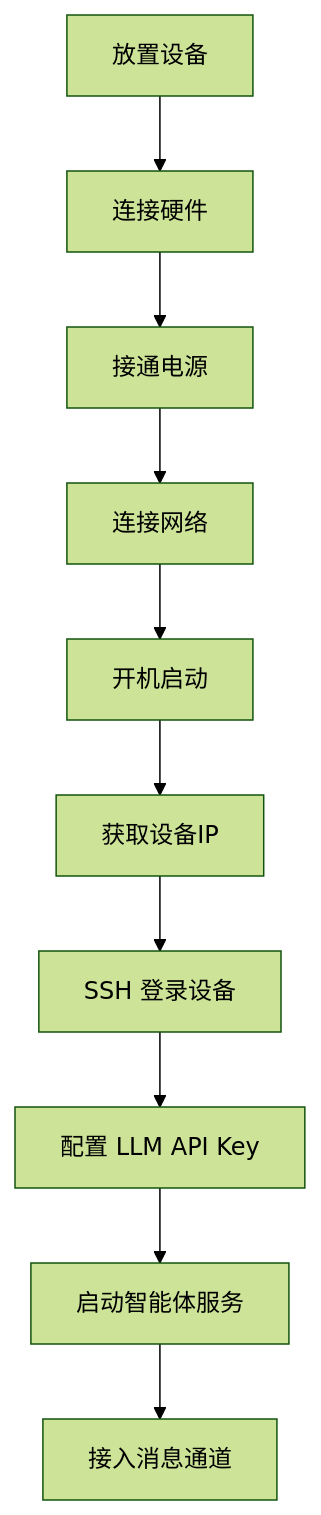
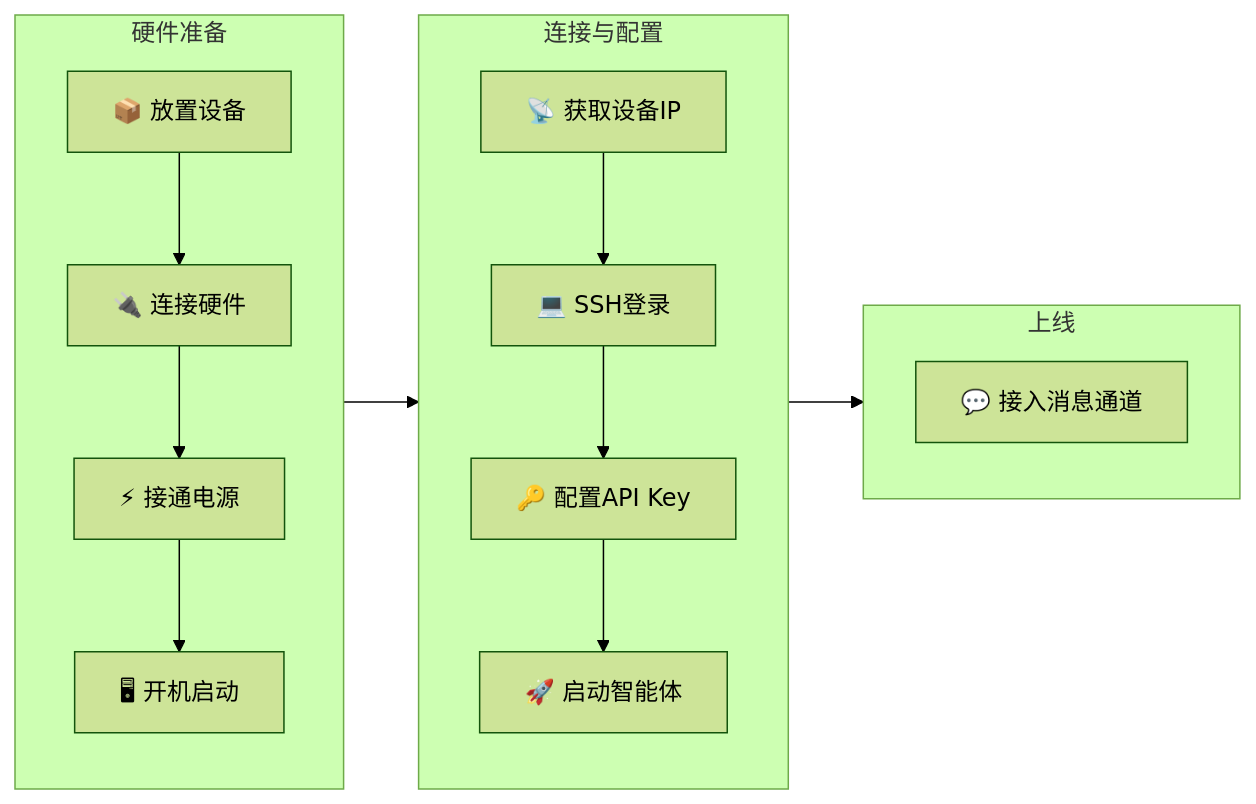
The diagram in docs/quickstart/deploy.md (IntronBio/wiki), drawn with Mermaid (forest theme) before and after one commit. The commit also changed other lines of this file and 14 other files, not shown here.

````diff
--- a/docs/quickstart/deploy.md
+++ b/docs/quickstart/deploy.md
@@ -12,12 +12,16 @@
 ```mermaid
-graph TD
-    A[放置设备] --> B[连接硬件]
-    B --> C[接通电源]
-    C --> D[连接网络]
-    D --> E[开机启动]
-    E --> F[获取设备IP]
-    F --> G[SSH 登录设备]
-    G --> H[配置 LLM API Key]
-    H --> I[启动智能体服务]
-    I --> J[接入消息通道]
+flowchart LR
+    subgraph 硬件准备
+        direction TB
+        A[📦 放置设备] --> B[🔌 连接硬件] --> C[⚡ 接通电源] --> D[🖥 开机启动]
+    end
+    subgraph 连接与配置
+        direction TB
+        E[📡 获取设备IP] --> F[💻 SSH登录] --> G[🔑 配置API Key] --> H[🚀 启动智能体]
+    end
+    subgraph 上线
+        direction TB
+        I[💬 接入消息通道]
+    end
+    硬件准备 --> 连接与配置 --> 上线
 ```
````
